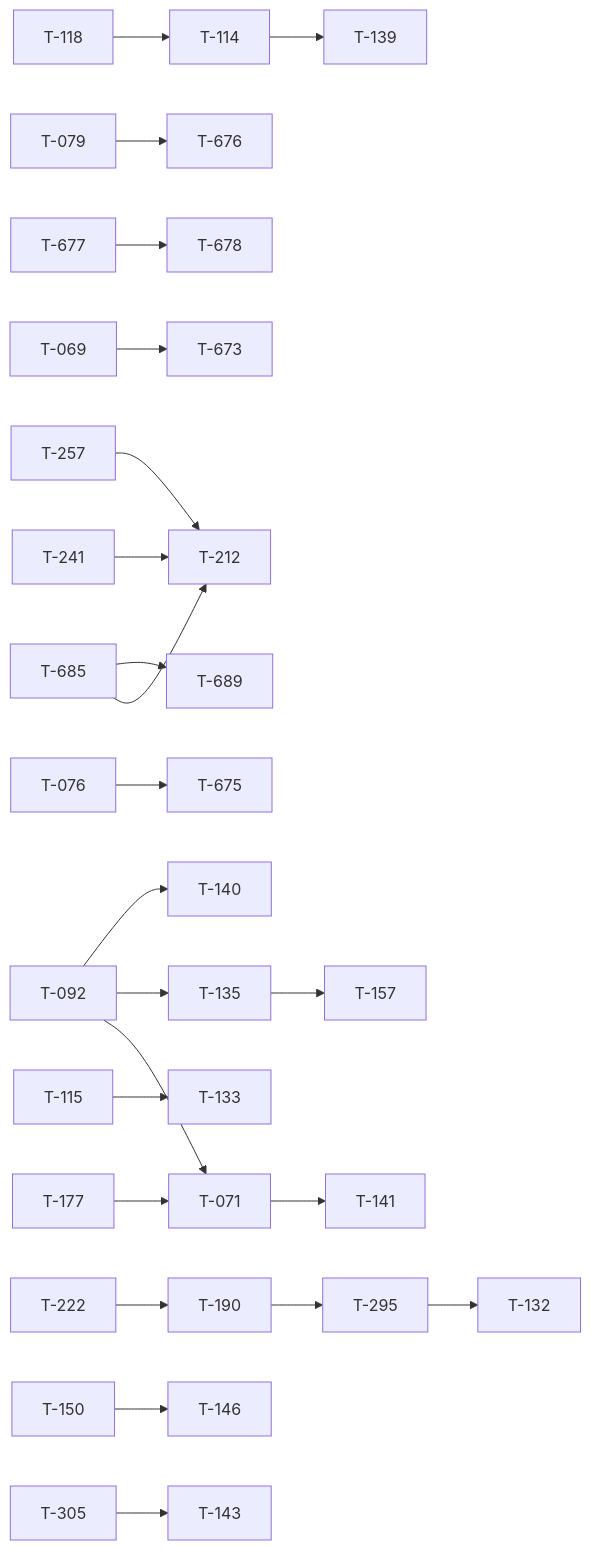
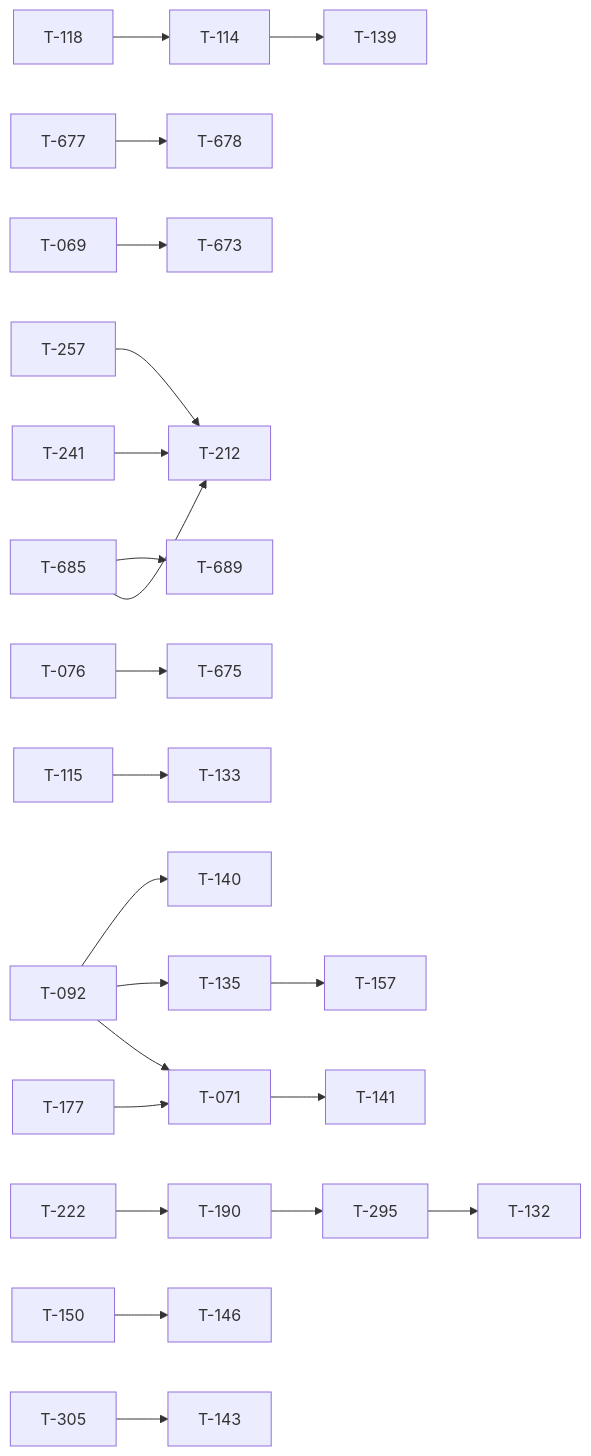
One commit to darkforce09/TBD-reforger changed the diagram in docs/TICKET_LEAD.md. Above: the diagram before and after it, drawn with Mermaid. The commit also changed other lines of this file and 16 other files, not shown here.

````diff
--- a/docs/TICKET_LEAD.md
+++ b/docs/TICKET_LEAD.md
@@ -111,25 +110,24 @@
 ```mermaid
 flowchart LR
   T092[T-092] --> T071[T-071]
   T177[T-177] --> T071[T-071]
   T118[T-118] --> T114[T-114]
-  T079[T-079] --> T676[T-676]
   T677[T-677] --> T678[T-678]
   T069[T-069] --> T673[T-673]
   T685[T-685] --> T212[T-212]
   T241[T-241] --> T212[T-212]
   T257[T-257] --> T212[T-212]
   T685[T-685] --> T689[T-689]
   T076[T-076] --> T675[T-675]
   T115[T-115] --> T133[T-133]
   T114[T-114] --> T139[T-139]
   T222[T-222] --> T190[T-190]
   T135[T-135] --> T157[T-157]
   T071[T-071] --> T141[T-141]
   T150[T-150] --> T146[T-146]
   T305[T-305] --> T143[T-143]
   T092[T-092] --> T135[T-135]
   T092[T-092] --> T140[T-140]
   T190[T-190] --> T295[T-295]
   T295[T-295] --> T132[T-132]
 ```
````
